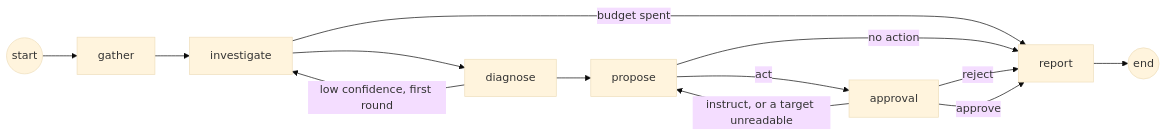
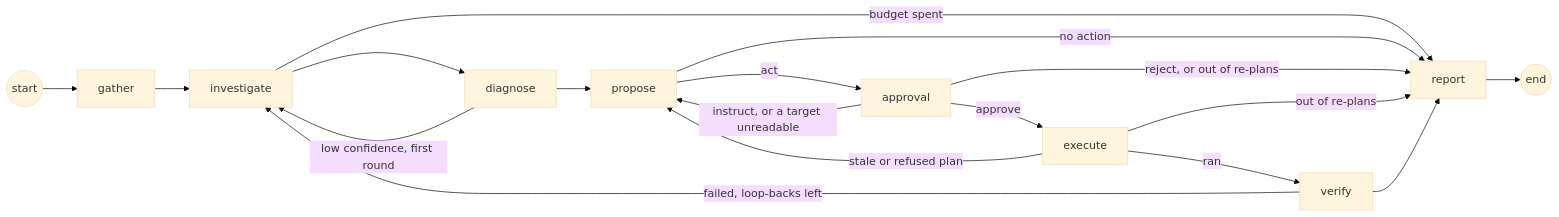
Before and after one commit to DannyKuk/bleep: the diagram in docs/design/graph.md, drawn with Mermaid (base theme). The commit also changed other lines of this file and 25 other files, not shown here.

Commit message:
Add the Execute node, which re-inspects every target before acting, runs the approved steps once each through the action log, and wires approval to execute to verify (#25)

````diff
--- a/docs/design/graph.md
+++ b/docs/design/graph.md
@@ -7,15 +7,20 @@
 ```mermaid
 flowchart LR
     S((start)) --> G[gather]
     G --> I[investigate]
     I -->|budget spent| R[report]
     I --> D[diagnose]
     D -->|low confidence, first round| I
     D --> P[propose]
     P -->|no action| R
     P -->|act| A[approval]
     A -->|instruct, or a target unreadable| P
-    A -->|reject| R
-    A -->|approve| R
+    A -->|reject, or out of re-plans| R
+    A -->|approve| X[execute]
+    X -->|stale or refused plan| P
+    X -->|out of re-plans| R
+    X -->|ran| V[verify]
+    V -->|failed, loop-backs left| I
+    V --> R
     R --> E((end))
 ```
````
